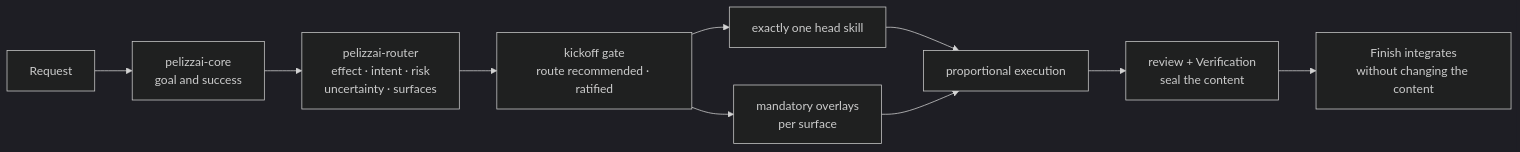
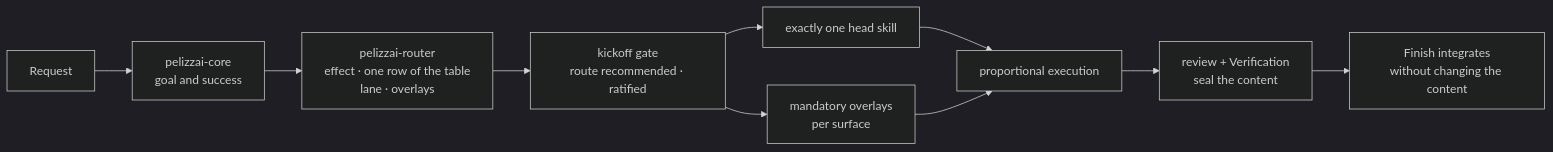
The fourth of 8 diagrams in README.md (rpelizza/PelizzAI), drawn with Mermaid (dark theme) before and after one commit. The commit also changed other lines of this file and 26 other files, not shown here.

````diff
--- a/README.md
+++ b/README.md
@@ -207,12 +207,12 @@
 ```mermaid
 flowchart LR
     U["Request"] --> C["pelizzai-core<br/>goal and success"]
-    C --> R["pelizzai-router<br/>effect · intent · risk<br/>uncertainty · surfaces"]
+    C --> R["pelizzai-router<br/>effect · one row of the table<br/>lane · overlays"]
     R --> K["kickoff gate<br/>route recommended · ratified"]
     K --> H["exactly one head skill"]
     K --> O["mandatory overlays<br/>per surface"]
     H --> E["proportional execution"]
     O --> E
     E --> V["review + Verification<br/>seal the content"]
     V --> F["Finish integrates<br/>without changing the content"]
 ```
````
